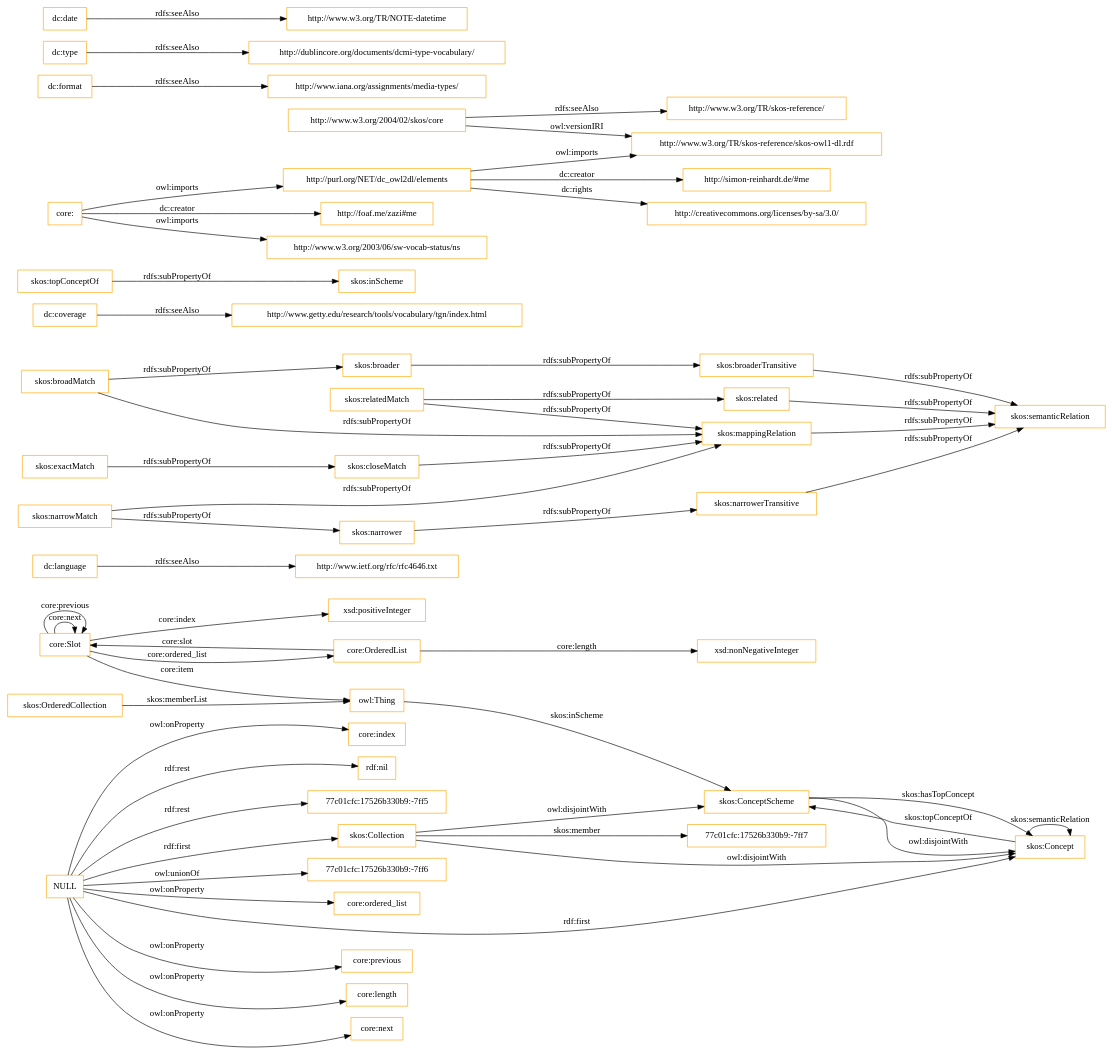
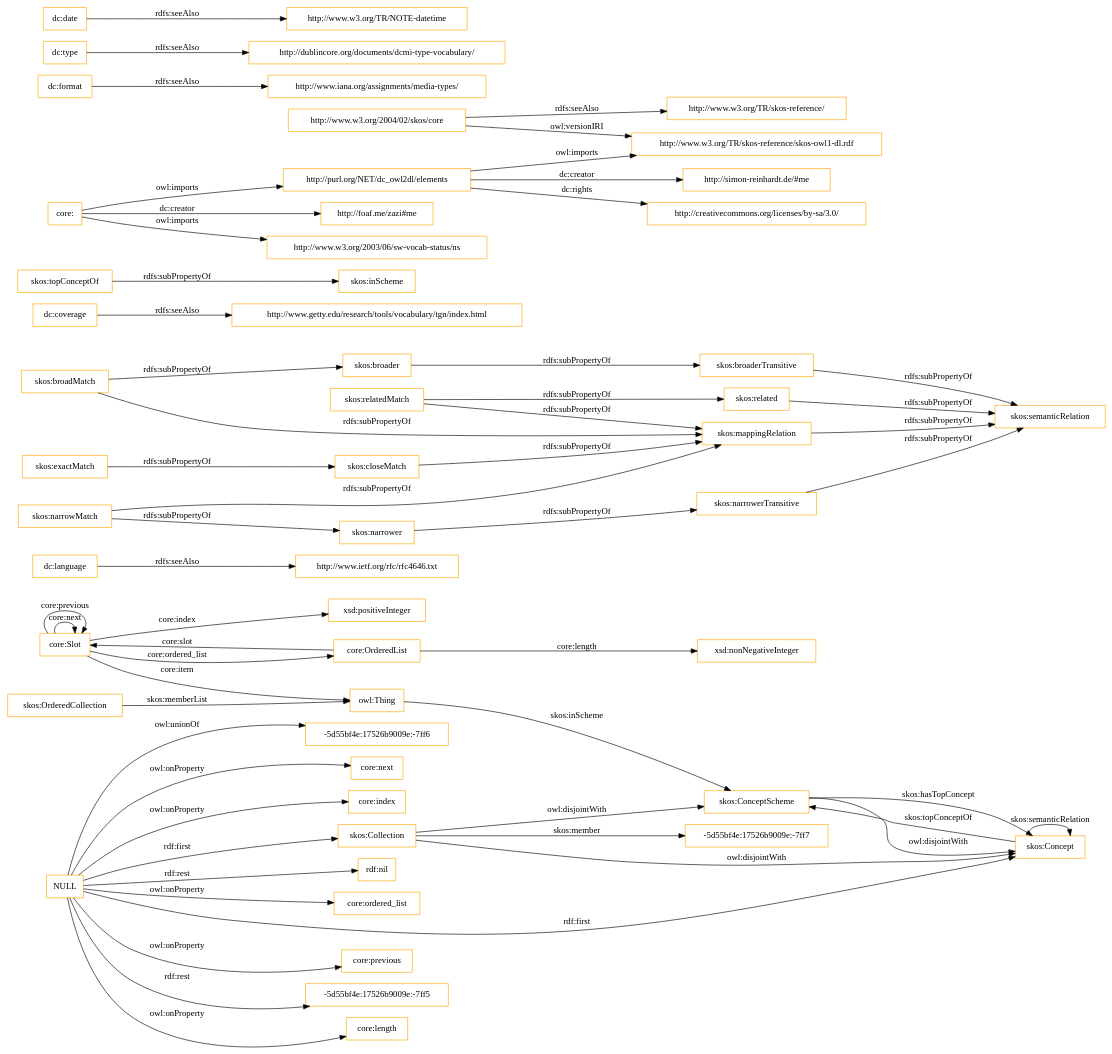
The diagram in OnToology/imports/core.owl/diagrams/ar2dtool-class/core.owl.png.dot (OnToologyUser/core-ontology-1), drawn with Graphviz before and after one commit. The commit also changed 14 other files, not shown here.

```diff
--- a/OnToology/imports/core.owl/diagrams/ar2dtool-class/core.owl.png.dot
+++ b/OnToology/imports/core.owl/diagrams/ar2dtool-class/core.owl.png.dot
@@ -1,60 +1,60 @@
 digraph ar2dtool_diagram { 
 rankdir=LR;
 size="1501"
-node [shape = rectangle, color="orange"]; "core:Slot" "core:OrderedList" "77c01cfc:17526b330b9:-7ff7" "skos:OrderedCollection" "skos:Collection" "skos:ConceptScheme" "skos:Concept" ; /*classes style*/
+node [shape = rectangle, color="orange"]; "core:Slot" "core:OrderedList" "-5d55bf4e:17526b9009e:-7ff7" "skos:OrderedCollection" "skos:Collection" "skos:ConceptScheme" "skos:Concept" ; /*classes style*/
 	"dc:language" -> "http://www.ietf.org/rfc/rfc4646.txt" [ label = "rdfs:seeAlso" ];
 	"NULL" -> "core:previous" [ label = "owl:onProperty" ];
+	"NULL" -> "-5d55bf4e:17526b9009e:-7ff5" [ label = "rdf:rest" ];
 	"NULL" -> "core:length" [ label = "owl:onProperty" ];
 	"NULL" -> "skos:Concept" [ label = "rdf:first" ];
+	"NULL" -> "-5d55bf4e:17526b9009e:-7ff6" [ label = "owl:unionOf" ];
 	"NULL" -> "core:next" [ label = "owl:onProperty" ];
 	"NULL" -> "core:index" [ label = "owl:onProperty" ];
 	"NULL" -> "rdf:nil" [ label = "rdf:rest" ];
-	"NULL" -> "77c01cfc:17526b330b9:-7ff5" [ label = "rdf:rest" ];
-	"NULL" -> "77c01cfc:17526b330b9:-7ff6" [ label = "owl:unionOf" ];
 	"NULL" -> "core:ordered_list" [ label = "owl:onProperty" ];
 	"NULL" -> "skos:Collection" [ label = "rdf:first" ];
 	"skos:closeMatch" -> "skos:mappingRelation" [ label = "rdfs:subPropertyOf" ];
 	"dc:coverage" -> "http://www.getty.edu/research/tools/vocabulary/tgn/index.html" [ label = "rdfs:seeAlso" ];
 	"skos:relatedMatch" -> "skos:related" [ label = "rdfs:subPropertyOf" ];
 	"skos:relatedMatch" -> "skos:mappingRelation" [ label = "rdfs:subPropertyOf" ];
 	"skos:ConceptScheme" -> "skos:Concept" [ label = "owl:disjointWith" ];
 	"skos:related" -> "skos:semanticRelation" [ label = "rdfs:subPropertyOf" ];
 	"skos:topConceptOf" -> "skos:inScheme" [ label = "rdfs:subPropertyOf" ];
 	"skos:broadMatch" -> "skos:broader" [ label = "rdfs:subPropertyOf" ];
 	"skos:broadMatch" -> "skos:mappingRelation" [ label = "rdfs:subPropertyOf" ];
 	"http://purl.org/NET/dc_owl2dl/elements" -> "http://www.w3.org/TR/skos-reference/skos-owl1-dl.rdf" [ label = "owl:imports" ];
 	"http://purl.org/NET/dc_owl2dl/elements" -> "http://creativecommons.org/licenses/by-sa/3.0/" [ label = "dc:rights" ];
 	"http://purl.org/NET/dc_owl2dl/elements" -> "http://simon-reinhardt.de/#me" [ label = "dc:creator" ];
 	"skos:exactMatch" -> "skos:closeMatch" [ label = "rdfs:subPropertyOf" ];
 	"dc:format" -> "http://www.iana.org/assignments/media-types/" [ label = "rdfs:seeAlso" ];
 	"core:" -> "http://foaf.me/zazi#me" [ label = "dc:creator" ];
 	"core:" -> "http://www.w3.org/2003/06/sw-vocab-status/ns" [ label = "owl:imports" ];
 	"core:" -> "http://purl.org/NET/dc_owl2dl/elements" [ label = "owl:imports" ];
 	"skos:broaderTransitive" -> "skos:semanticRelation" [ label = "rdfs:subPropertyOf" ];
 	"skos:mappingRelation" -> "skos:semanticRelation" [ label = "rdfs:subPropertyOf" ];
 	"skos:broader" -> "skos:broaderTransitive" [ label = "rdfs:subPropertyOf" ];
 	"dc:type" -> "http://dublincore.org/documents/dcmi-type-vocabulary/" [ label = "rdfs:seeAlso" ];
 	"http://www.w3.org/2004/02/skos/core" -> "http://www.w3.org/TR/skos-reference/skos-owl1-dl.rdf" [ label = "owl:versionIRI" ];
 	"http://www.w3.org/2004/02/skos/core" -> "http://www.w3.org/TR/skos-reference/" [ label = "rdfs:seeAlso" ];
 	"skos:Collection" -> "skos:ConceptScheme" [ label = "owl:disjointWith" ];
 	"skos:Collection" -> "skos:Concept" [ label = "owl:disjointWith" ];
 	"skos:narrowMatch" -> "skos:narrower" [ label = "rdfs:subPropertyOf" ];
 	"skos:narrowMatch" -> "skos:mappingRelation" [ label = "rdfs:subPropertyOf" ];
 	"skos:narrower" -> "skos:narrowerTransitive" [ label = "rdfs:subPropertyOf" ];
 	"dc:date" -> "http://www.w3.org/TR/NOTE-datetime" [ label = "rdfs:seeAlso" ];
 	"skos:narrowerTransitive" -> "skos:semanticRelation" [ label = "rdfs:subPropertyOf" ];
 	"core:Slot" -> "xsd:positiveInteger" [ label = "core:index" ];
 	"skos:Concept" -> "skos:ConceptScheme" [ label = "skos:topConceptOf" ];
 	"core:Slot" -> "owl:Thing" [ label = "core:item" ];
 	"core:OrderedList" -> "xsd:nonNegativeInteger" [ label = "core:length" ];
 	"core:OrderedList" -> "core:Slot" [ label = "core:slot" ];
-	"skos:Collection" -> "77c01cfc:17526b330b9:-7ff7" [ label = "skos:member" ];
+	"skos:Collection" -> "-5d55bf4e:17526b9009e:-7ff7" [ label = "skos:member" ];
 	"core:Slot" -> "core:Slot" [ label = "core:next" ];
 	"skos:ConceptScheme" -> "skos:Concept" [ label = "skos:hasTopConcept" ];
 	"owl:Thing" -> "skos:ConceptScheme" [ label = "skos:inScheme" ];
 	"core:Slot" -> "core:Slot" [ label = "core:previous" ];
 	"skos:OrderedCollection" -> "owl:Thing" [ label = "skos:memberList" ];
 	"skos:Concept" -> "skos:Concept" [ label = "skos:semanticRelation" ];
 	"core:Slot" -> "core:OrderedList" [ label = "core:ordered_list" ];
 
 }
```
